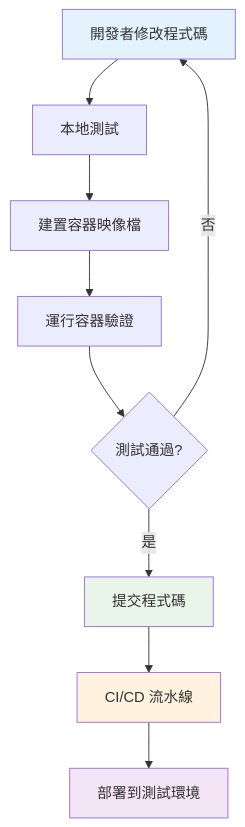
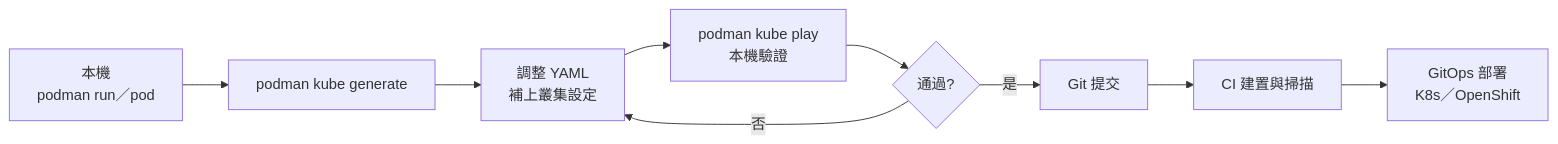
The ninth of 18 diagrams in content/posts/教學/工具/Podman使用教學.md (chihhung/Blog), drawn with Mermaid before and after one commit. The commit also changed other lines of this file and 10 other files, not shown here.

````diff
--- a/content/posts/教學/工具/Podman使用教學.md
+++ b/content/posts/教學/工具/Podman使用教學.md
@@ -702,16 +1670,11 @@
 ```mermaid
-flowchart TD
-    A[開發者修改程式碼] --> B[本地測試]
-    B --> C[建置容器映像檔]
-    C --> D[運行容器驗證]
-    D --> E{測試通過?}
-    E -->|是| F[提交程式碼]
-    E -->|否| A
-    F --> G[CI/CD 流水線]
-    G --> H[部署到測試環境]
-    
-    style A fill:#e3f2fd
-    style F fill:#e8f5e8
-    style G fill:#fff3e0
-    style H fill:#f3e5f5
+flowchart LR
+    A[本機<br/>podman run／pod] --> B[podman kube generate]
+    B --> C[調整 YAML<br/>補上叢集設定]
+    C --> D[podman kube play<br/>本機驗證]
+    D --> E{通過?}
+    E -->|否| C
+    E -->|是| F[Git 提交]
+    F --> G[CI 建置與掃描]
+    G --> H[GitOps 部署<br/>K8s／OpenShift]
 ```
````
